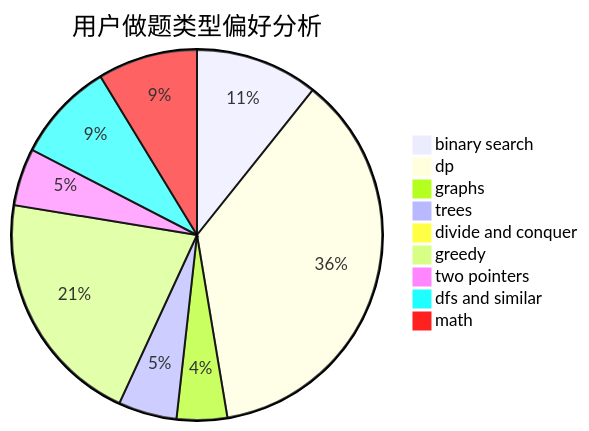
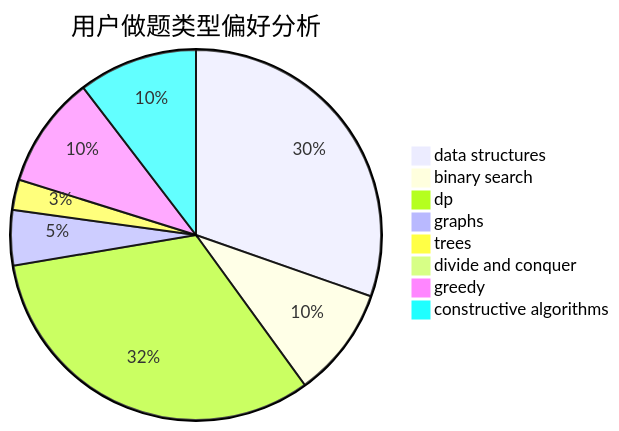
One commit to sherpahu/cfrs.github.io changed the second of 3 diagrams in docs/user/u998.md. Above: the diagram before and after it, drawn with Mermaid. The commit also changed other lines of this file and 2775 other files, not shown here.

````diff
--- a/docs/user/u998.md
+++ b/docs/user/u998.md
@@ -23,12 +23,11 @@
 ```mermaid
 pie title 用户做题类型偏好分析
-    "binary search" :  212
-    "dp" :  724
-    "graphs" :  87
-    "trees" :  101
-    "divide and conquer" :  13
-    "greedy" :  409
-    "two pointers" :  99
-    "dfs and similar" :  172
-    "math" :  172
+    "data structures" :  447
+    "binary search" :  142
+    "dp" :  476
+    "graphs" :  71
+    "trees" :  39
+    "divide and conquer" :  8
+    "greedy" :  144
+    "constructive algorithms" :  153
 ```
````
